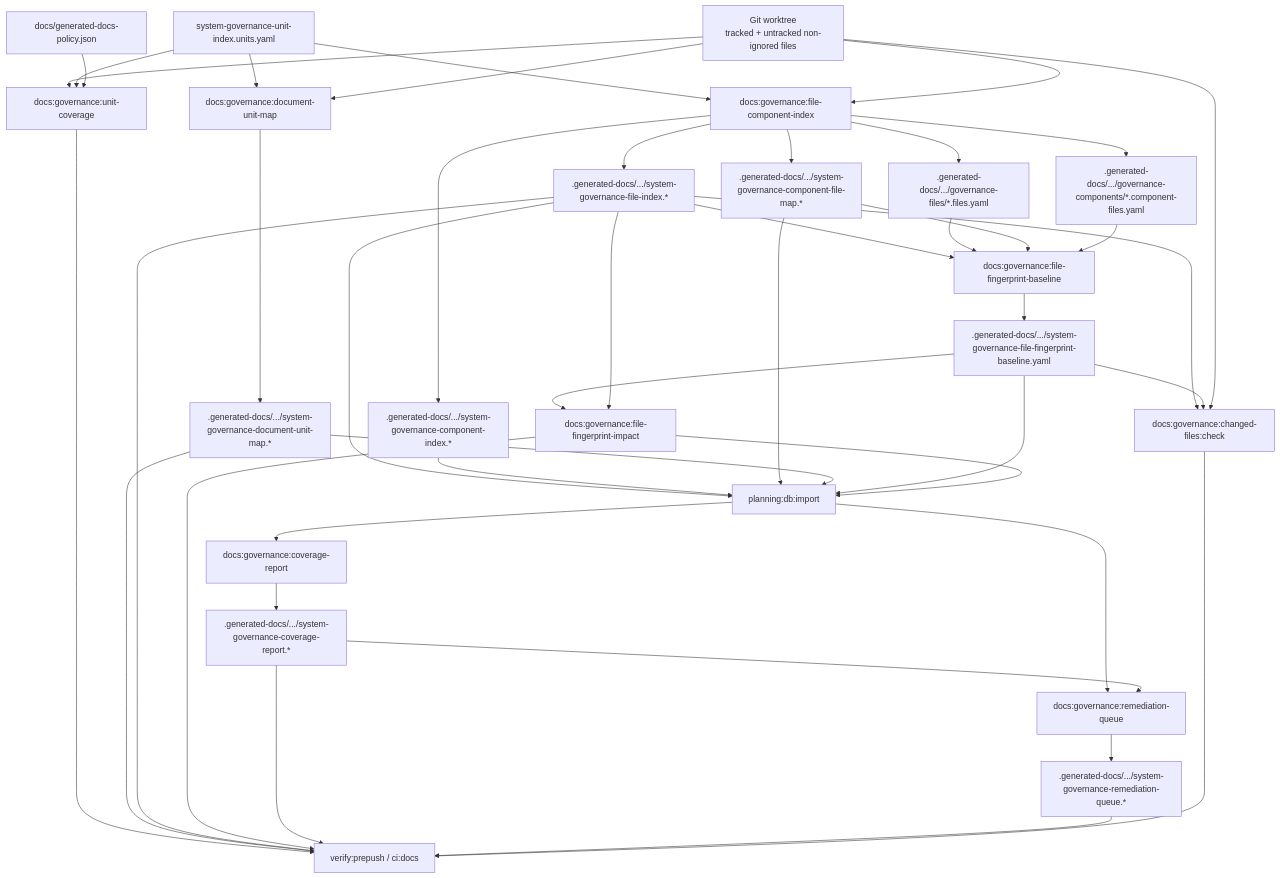
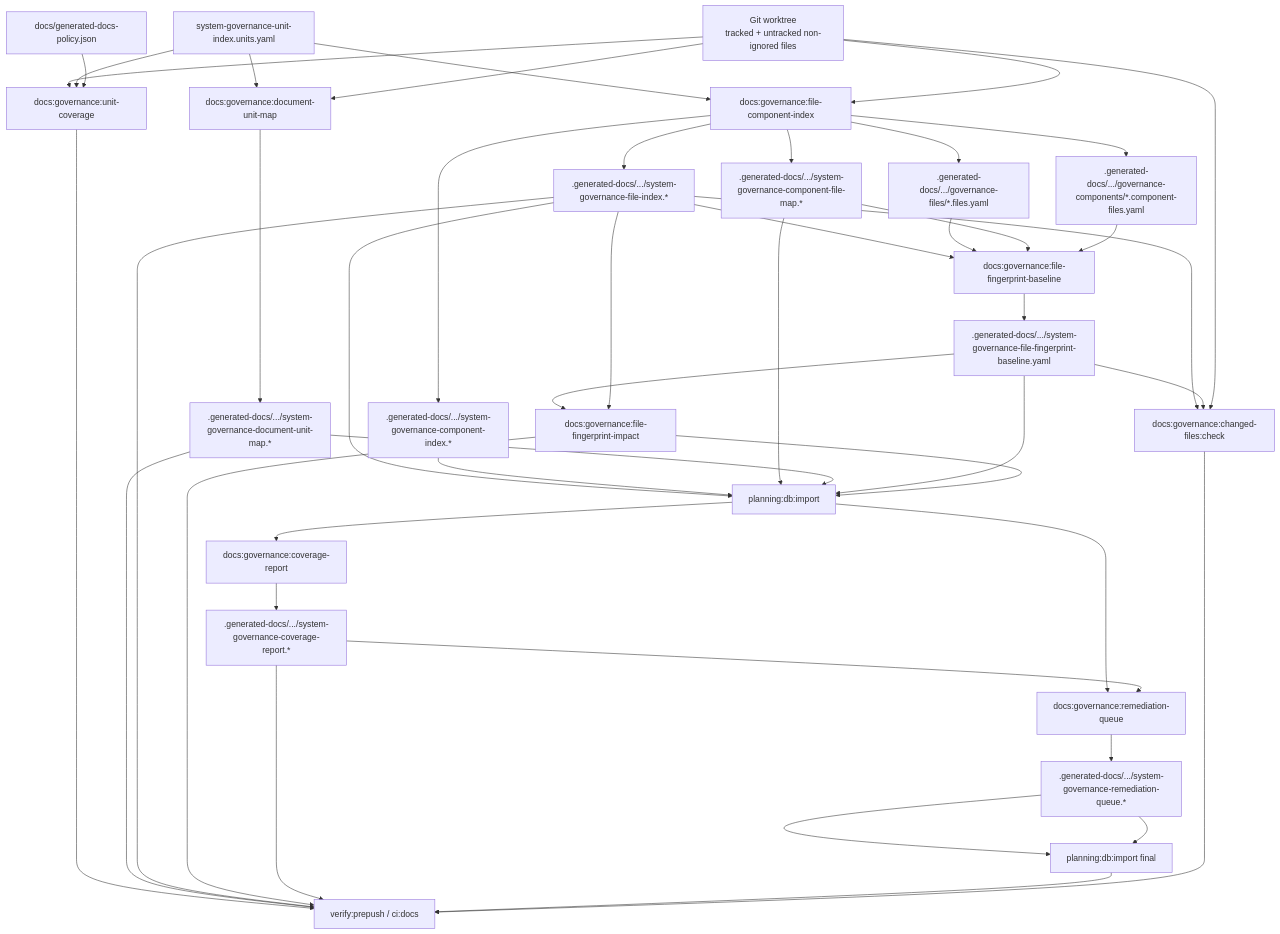
The diagram in docs/architecture/components/ci-governance/system-governance-generation-workflow-component.md (dunay2/dvt), drawn with Mermaid before and after one commit. The commit also changed other lines of this file and 33 other files, not shown here.

````diff
--- a/docs/architecture/components/ci-governance/system-governance-generation-workflow-component.md
+++ b/docs/architecture/components/ci-governance/system-governance-generation-workflow-component.md
@@ -72,57 +74,59 @@
 ```mermaid
 flowchart TD
   Worktree["Git worktree\ntracked + untracked non-ignored files"]
   UnitManifest["system-governance-unit-index.units.yaml"]
   GeneratedPolicy["docs/generated-docs-policy.json"]
   UnitCoverage["docs:governance:unit-coverage"]
   DocumentMap["docs:governance:document-unit-map"]
   FileComponent["docs:governance:file-component-index"]
   Fingerprint["docs:governance:file-fingerprint-baseline"]
   FingerprintImpact["docs:governance:file-fingerprint-impact"]
   Coverage["docs:governance:coverage-report"]
   Remediation["docs:governance:remediation-queue"]
   ChangedFiles["docs:governance:changed-files:check"]
   Prepush["verify:prepush / ci:docs"]
 
   Worktree --> UnitCoverage
   UnitManifest --> UnitCoverage
   GeneratedPolicy --> UnitCoverage
   UnitManifest --> DocumentMap
   Worktree --> DocumentMap
   UnitManifest --> FileComponent
   Worktree --> FileComponent
   FileComponent --> FileIndex[".generated-docs/.../system-governance-file-index.*"]
   FileComponent --> ComponentIndex[".generated-docs/.../system-governance-component-index.*"]
   FileComponent --> ComponentMap[".generated-docs/.../system-governance-component-file-map.*"]
   FileComponent --> FileShards[".generated-docs/.../governance-files/*.files.yaml"]
   FileComponent --> ComponentShards[".generated-docs/.../governance-components/*.component-files.yaml"]
   DocumentMap --> DocumentMapOutputs[".generated-docs/.../system-governance-document-unit-map.*"]
   FileIndex --> Fingerprint
   FileShards --> Fingerprint
   ComponentMap --> Fingerprint
   ComponentShards --> Fingerprint
   Fingerprint --> FingerprintBaseline[".generated-docs/.../system-governance-file-fingerprint-baseline.yaml"]
   FingerprintBaseline --> FingerprintImpact
   FileIndex --> FingerprintImpact
   FileIndex --> Import["planning:db:import"]
   ComponentIndex --> Import
   ComponentMap --> Import
   DocumentMapOutputs --> Import
   FingerprintBaseline --> Import
   FingerprintImpact --> Import
   Import --> Coverage
   Coverage --> CoverageOutputs[".generated-docs/.../system-governance-coverage-report.*"]
   Import --> Remediation
   CoverageOutputs --> Remediation
   Remediation --> RemediationOutputs[".generated-docs/.../system-governance-remediation-queue.*"]
+  RemediationOutputs --> ImportFinal["planning:db:import final"]
   FileIndex --> ChangedFiles
   FingerprintBaseline --> ChangedFiles
   Worktree --> ChangedFiles
   UnitCoverage --> Prepush
   DocumentMapOutputs --> Prepush
   FileIndex --> Prepush
   FingerprintImpact --> Prepush
   CoverageOutputs --> Prepush
-  RemediationOutputs --> Prepush
+  RemediationOutputs --> ImportFinal
+  ImportFinal --> Prepush
   ChangedFiles --> Prepush
 ```
````
